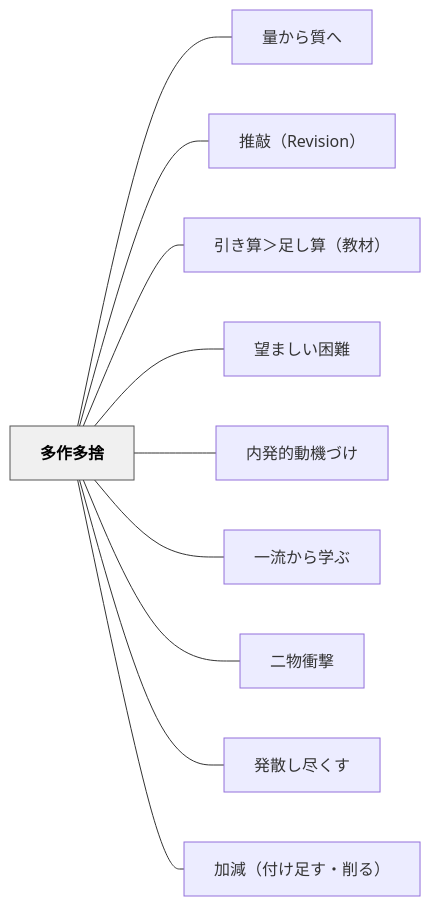
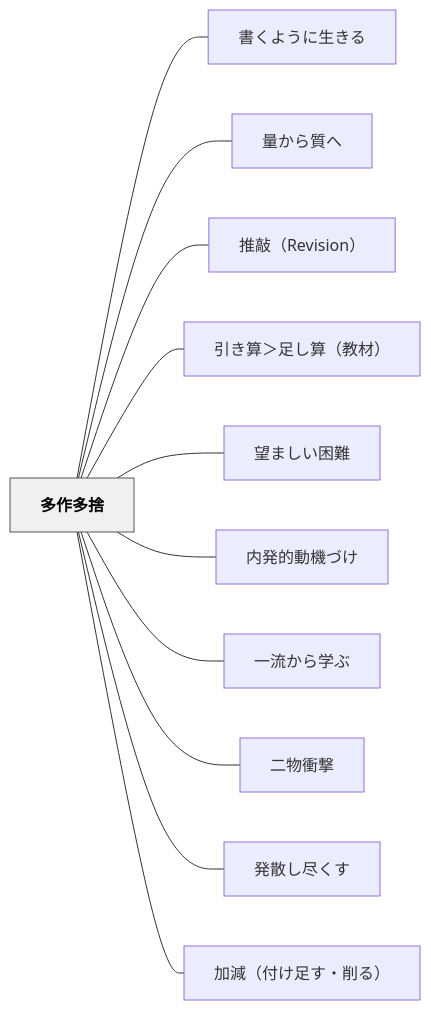
The diagram in content/パタン/多作多捨.md (unknownthings-ed-patterns/unknownthings-ed-patterns), drawn with Mermaid before and after one commit. The commit also changed other lines of this file and 185 other files, not shown here.

````diff
--- a/content/パタン/多作多捨.md
+++ b/content/パタン/多作多捨.md
@@ -163,26 +164,28 @@
 ```mermaid
 flowchart LR
     ne5a49ae4bd9ce5a49ae68da8["多作多捨"]
+    ne69bb8e3818fe38288e38186e381abe7949fe3818de3828b["書くように生きる"]
     ne9878fe3818be38289e8b3aae381b8["量から質へ"]
     ne68ea8e695b2efbc885265766973696f6eefbc89["推敲（Revision）"]
     ne5bc95e3818de7ae97efbc9ee8b6b3e38197e7ae97efbc88e69599e69d90efbc89["引き算＞足し算（教材）"]
     ne69c9be381bee38197e38184e59bb0e99ba3["望ましい困難"]
     ne58685e799bae79a84e58b95e6a99fe381a5e38191["内発的動機づけ"]
     ne4b880e6b581e3818be38289e5ada6e381b6["一流から学ぶ"]
     ne4ba8ce789a9e8a19de69283["二物衝撃"]
     ne799bae695a3e38197e5b0bde3818fe38199["発散し尽くす"]
     ne58aa0e6b89befbc88e4bb98e38191e8b6b3e38199e383bbe5898ae3828befbc89["加減（付け足す・削る）"]
 
+    ne5a49ae4bd9ce5a49ae68da8 --- ne69bb8e3818fe38288e38186e381abe7949fe3818de3828b
     ne5a49ae4bd9ce5a49ae68da8 --- ne9878fe3818be38289e8b3aae381b8
     ne5a49ae4bd9ce5a49ae68da8 --- ne68ea8e695b2efbc885265766973696f6eefbc89
     ne5a49ae4bd9ce5a49ae68da8 --- ne5bc95e3818de7ae97efbc9ee8b6b3e38197e7ae97efbc88e69599e69d90efbc89
     ne5a49ae4bd9ce5a49ae68da8 --- ne69c9be381bee38197e38184e59bb0e99ba3
     ne5a49ae4bd9ce5a49ae68da8 --- ne58685e799bae79a84e58b95e6a99fe381a5e38191
     ne5a49ae4bd9ce5a49ae68da8 --- ne4b880e6b581e3818be38289e5ada6e381b6
     ne5a49ae4bd9ce5a49ae68da8 --- ne4ba8ce789a9e8a19de69283
     ne5a49ae4bd9ce5a49ae68da8 --- ne799bae695a3e38197e5b0bde3818fe38199
     ne5a49ae4bd9ce5a49ae68da8 --- ne58aa0e6b89befbc88e4bb98e38191e8b6b3e38199e383bbe5898ae3828befbc89
 
     classDef hub fill:#f0f0f0,stroke:#555,color:#000,font-weight:bold
     class ne5a49ae4bd9ce5a49ae68da8 hub
 ```
````
